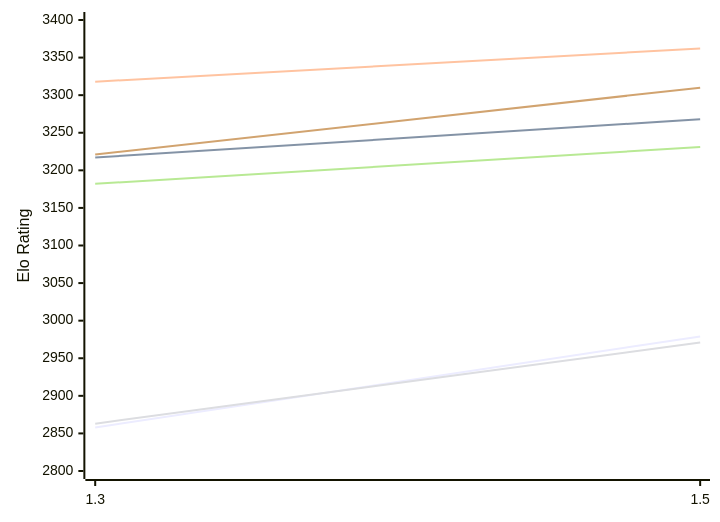
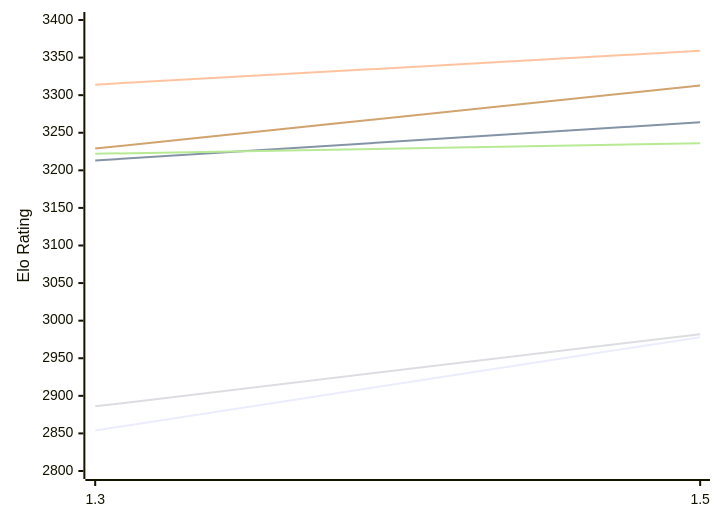
The first of 2 diagrams in engines/Lambergar.md (computer-chess-index/cci), drawn with Mermaid before and after one commit. The commit also changed other lines of this file, not shown here.

Commit message:
Update CCI Ratings (ELO VLTC) - 2026-11-21

````diff
--- a/engines/Lambergar.md
+++ b/engines/Lambergar.md
@@ -50,12 +50,12 @@
 ```mermaid
 %%{init: {"theme":"base","themeVariables":{"seriesColors:['#a3a3a3','#222221','#faa371']}}}%%
 xychart-beta
   x-axis ["1.3", "1.5"]
   y-axis "Elo Rating" 2800 --> 3400
-  line "E1: STC (8.0+0.08s)" [2858, 2979]
-  line "E1: LTC (60.0+0.60s)" [3217, 3268]
-  line "E1: VLTC (2m24s+1.12s)" [3318, 3362]
-  line "P1: STC (8.0+0.08s)" [2863, 2971]
-  line "P1: LTC (60.0+0.60s)" [3182, 3231]
-  line "P1: VLTC (2m24s+1.12s)" [3221, 3310]
+  line "E1: STC (8.0+0.08s)" [2854, 2978]
+  line "E1: LTC (60.0+0.60s)" [3213, 3264]
+  line "E1: VLTC (2m24s+1.12s)" [3314, 3359]
+  line "P1: STC (8.0+0.08s)" [2886, 2982]
+  line "P1: LTC (60.0+0.60s)" [3222, 3236]
+  line "P1: VLTC (2m24s+1.12s)" [3229, 3313]
 ```
````
